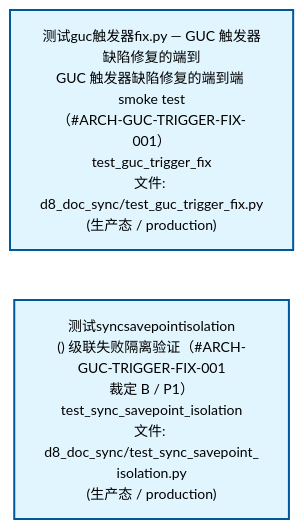
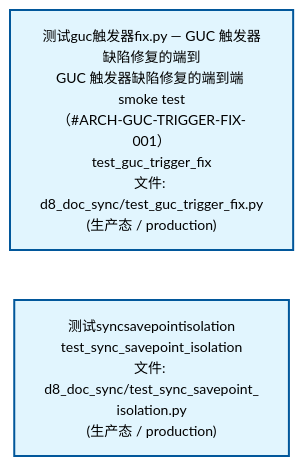
The second of 4 diagrams in docs/02_enterprise_architecture/02_domain_architecture_docs/51_d_gov_docs.md (xuanFelixVan/ZephyrAlpha), drawn with Mermaid before and after one commit. The commit also changed other lines of this file and 61 other files, not shown here.

````diff
--- a/docs/02_enterprise_architecture/02_domain_architecture_docs/51_d_gov_docs.md
+++ b/docs/02_enterprise_architecture/02_domain_architecture_docs/51_d_gov_docs.md
@@ -124,12 +124,12 @@
 ```mermaid
 %%{init: {'theme': 'base', 'themeVariables': {'primaryColor': '#eaeaea', 'primaryTextColor': '#333333', 'primaryBorderColor': '#666666', 'lineColor': '#666666', 'secondaryColor': '#eaeaea', 'tertiaryColor': '#eaeaea', 'fontSize': '14px'}}}%%
 flowchart TD
     tests_governance_d8_doc_sync_test_guc_trigger_fix_py["测试guc触发器fix.py — GUC 触发器缺陷修复的端到<br/>GUC 触发器缺陷修复的端到端 smoke test<br/>（#ARCH-GUC-TRIGGER-FIX-001）<br/>test_guc_trigger_fix<br/>文件: d8_doc_sync/test_guc_trigger_fix.py<br/>(生产态 / production)"]
-    tests_governance_d8_doc_sync_test_sync_savepoint_isolation_py["测试syncsavepointisolation<br/>() 级联失败隔离验证（#ARCH-GUC-TRIGGER-FIX-001<br/>裁定 B / P1）<br/>test_sync_savepoint_isolation<br/>文件: d8_doc_sync/test_sync_savepoint_<br/>isolation.py<br/>(生产态 / production)"]
+    tests_governance_d8_doc_sync_test_sync_savepoint_isolation_py["测试syncsavepointisolation<br/>test_sync_savepoint_isolation<br/>文件: d8_doc_sync/test_sync_savepoint_<br/>isolation.py<br/>(生产态 / production)"]
     tests_governance_d8_doc_sync_test_guc_trigger_fix_py ~~~ tests_governance_d8_doc_sync_test_sync_savepoint_isolation_py
     classDef production fill:#e1f5fe,stroke:#01579b,stroke-width:2px,color:#000
     classDef design fill:#fff3e0,stroke:#e65100,stroke-width:2px,color:#000,stroke-dasharray: 5 5
     classDef external_prod fill:#e8f4fd,stroke:#0277bd,stroke-width:1px,color:#000
     classDef external_design fill:#fff8e7,stroke:#ef6c00,stroke-width:1px,color:#000,stroke-dasharray: 5 5
     class tests_governance_d8_doc_sync_test_guc_trigger_fix_py,tests_governance_d8_doc_sync_test_sync_savepoint_isolation_py production
 ```
````
